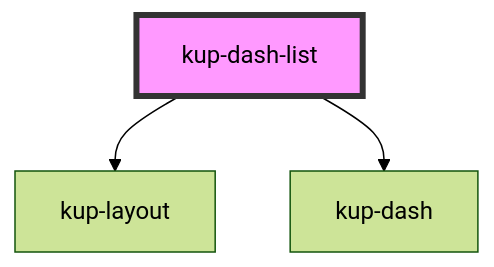
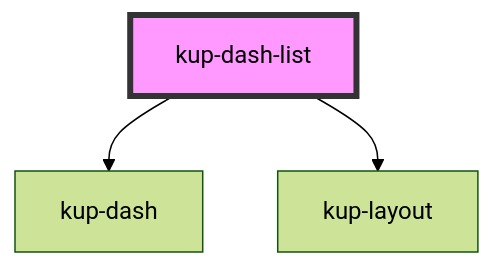
One commit to smeup/ketchup changed the diagram in packages/ketchup/src/components/kup-dash-list/readme.md. Above: the diagram before and after it, drawn with Mermaid (forest theme). The commit also changed other lines of this file and 2 other files, not shown here.

Commit message:
Update kup-dash-list

````diff
--- a/packages/ketchup/src/components/kup-dash-list/readme.md
+++ b/packages/ketchup/src/components/kup-dash-list/readme.md
@@ -33,6 +36,6 @@
 ```mermaid
 graph TD;
+  kup-dash-list --> kup-dash
   kup-dash-list --> kup-layout
-  kup-dash-list --> kup-dash
   style kup-dash-list fill:#f9f,stroke:#333,stroke-width:4px
 ```
````
